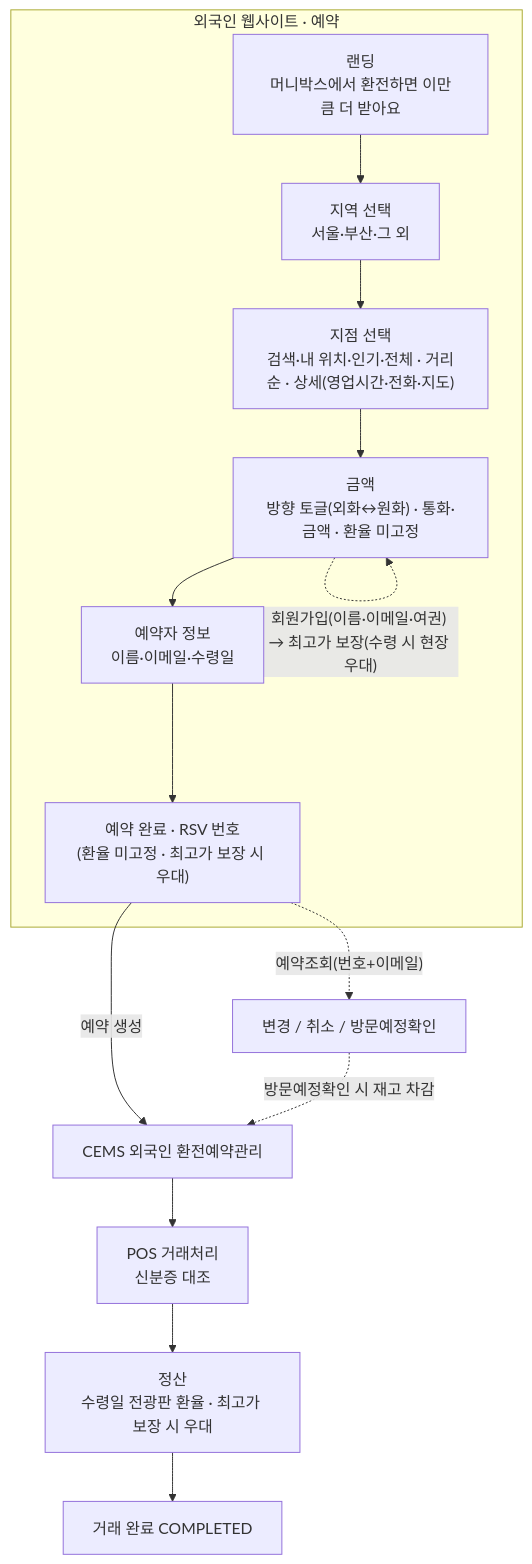
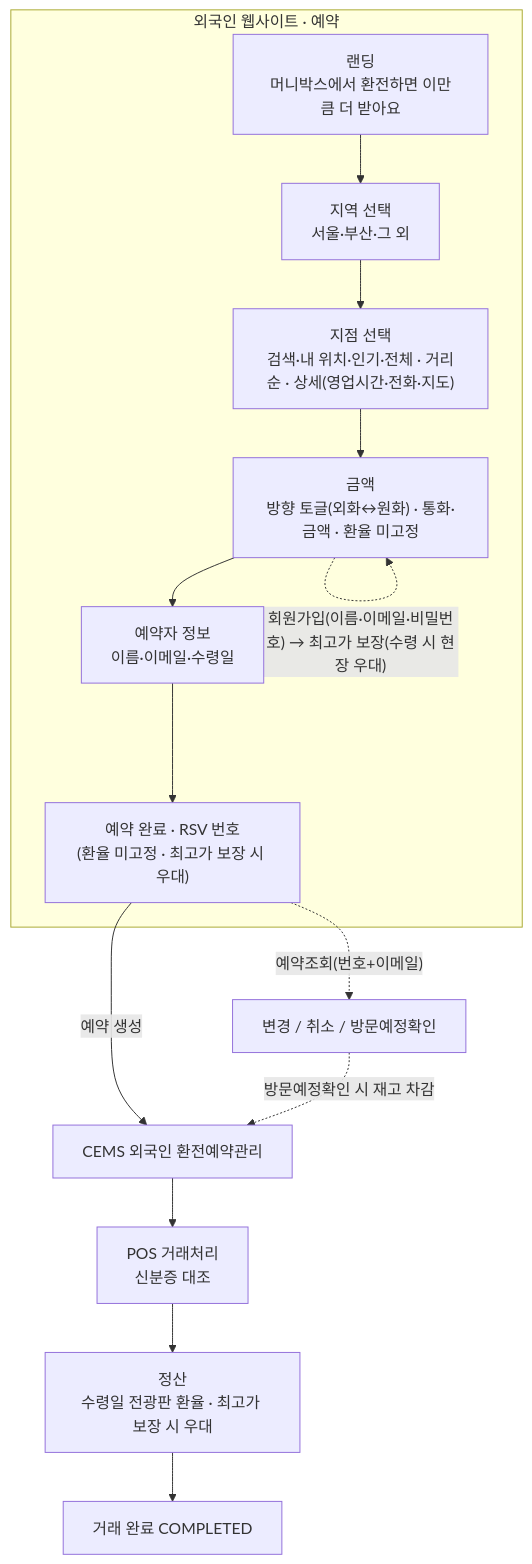
The diagram in docs-plan/03_플로우.mermaid (ahyeonine/moneybox_fw01), drawn with Mermaid before and after one commit. The commit also changed 7 other files, not shown here.

```diff
--- a/docs-plan/03_플로우.mermaid
+++ b/docs-plan/03_플로우.mermaid
@@ -1,18 +1,18 @@
 flowchart TD
   subgraph SITE["외국인 웹사이트 · 예약"]
     A0["랜딩<br/>머니박스에서 환전하면 이만큼 더 받아요"] --> A1["지역 선택<br/>서울·부산·그 외"]
     A1 --> A2["지점 선택<br/>검색·내 위치·인기·전체 · 거리순 · 상세(영업시간·전화·지도)"]
     A2 --> A3["금액<br/>방향 토글(외화↔원화) · 통화·금액 · 환율 미고정"]
     A3 --> A4["예약자 정보<br/>이름·이메일·수령일"]
     A4 --> A5["예약 완료 · RSV 번호<br/>(환율 미고정 · 최고가 보장 시 우대)"]
   end
 
-  A3 -. "회원가입(이름·이메일·여권) → 최고가 보장(수령 시 현장 우대)" .-> A3
+  A3 -. "회원가입(이름·이메일·비밀번호) → 최고가 보장(수령 시 현장 우대)" .-> A3
 
   A5 -->|"예약 생성"| C["CEMS 외국인 환전예약관리"]
   C --> D["POS 거래처리<br/>신분증 대조"]
   D --> E["정산<br/>수령일 전광판 환율 · 최고가 보장 시 우대"]
   E --> F["거래 완료 COMPLETED"]
 
   A5 -. "예약조회(번호+이메일)" .-> L["변경 / 취소 / 방문예정확인"]
   L -. "방문예정확인 시 재고 차감" .-> C
```
